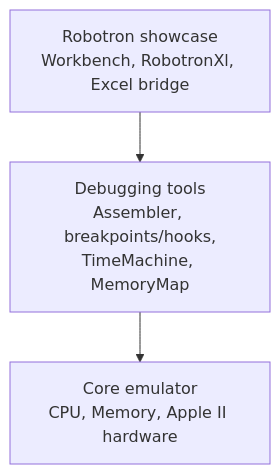
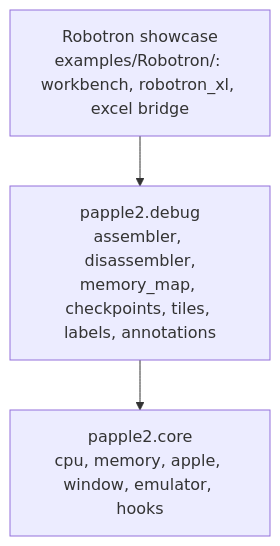
Before and after one commit to fschuhi/papple2: the first of 2 diagrams in README.md, drawn with Mermaid. The commit also changed other lines of this file and 4 other files, not shown here.

````diff
--- a/README.md
+++ b/README.md
@@ -27,9 +27,9 @@
 ```mermaid
 graph TD
-    SHOW["Robotron showcase<br/>Workbench, RobotronXl, Excel bridge"]
-    DEBUG["Debugging tools<br/>Assembler, breakpoints/hooks,<br/>TimeMachine, MemoryMap"]
-    CORE["Core emulator<br/>CPU, Memory, Apple II hardware"]
+    SHOW["Robotron showcase<br/>examples/Robotron/: workbench, robotron_xl, excel bridge"]
+    DEBUG["papple2.debug<br/>assembler, disassembler,<br/>memory_map, checkpoints, tiles, labels, annotations"]
+    CORE["papple2.core<br/>cpu, memory, apple, window, emulator, hooks"]
 
     SHOW --> DEBUG
     DEBUG --> CORE
 ```
````
